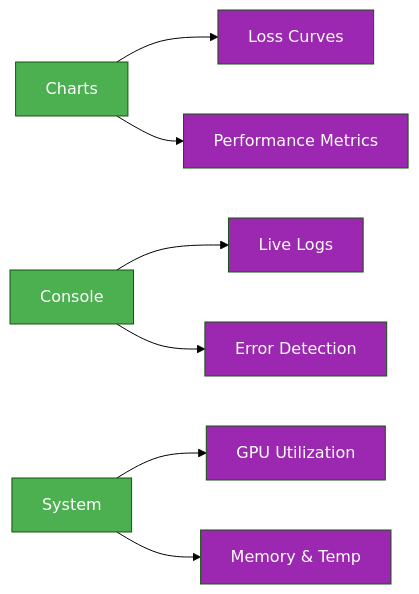
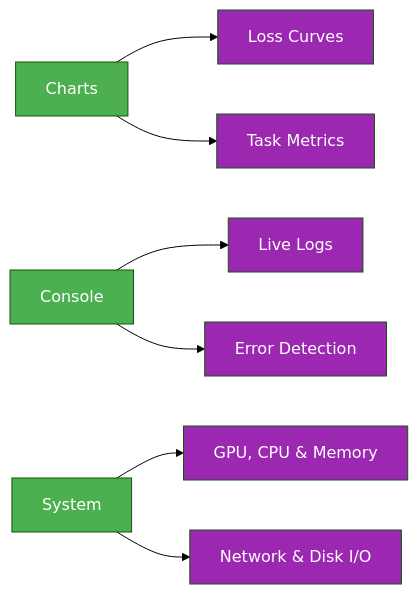
One commit to Rehman-AD/cv-yolov8-core changed the second of 2 diagrams in docs/en/platform/train/index.md. Above: the diagram before and after it, drawn with Mermaid (forest theme). The commit also changed other lines of this file and 32 other files, not shown here.

````diff
--- a/docs/en/platform/train/index.md
+++ b/docs/en/platform/train/index.md
@@ -86,12 +92,12 @@
 ```mermaid
 graph LR
     A[Charts]:::start --> B[Loss Curves]:::out
-    A --> C[Performance Metrics]:::out
+    A --> C[Task Metrics]:::out
     D[Console]:::start --> E[Live Logs]:::out
     D --> F[Error Detection]:::out
-    G[System]:::start --> H[GPU Utilization]:::out
-    G --> I[Memory & Temp]:::out
+    G[System]:::start --> H[GPU, CPU & Memory]:::out
+    G --> I[Network & Disk I/O]:::out
 
     classDef start fill:#4CAF50,color:#fff
     classDef out fill:#9C27B0,color:#fff
 ```
````
